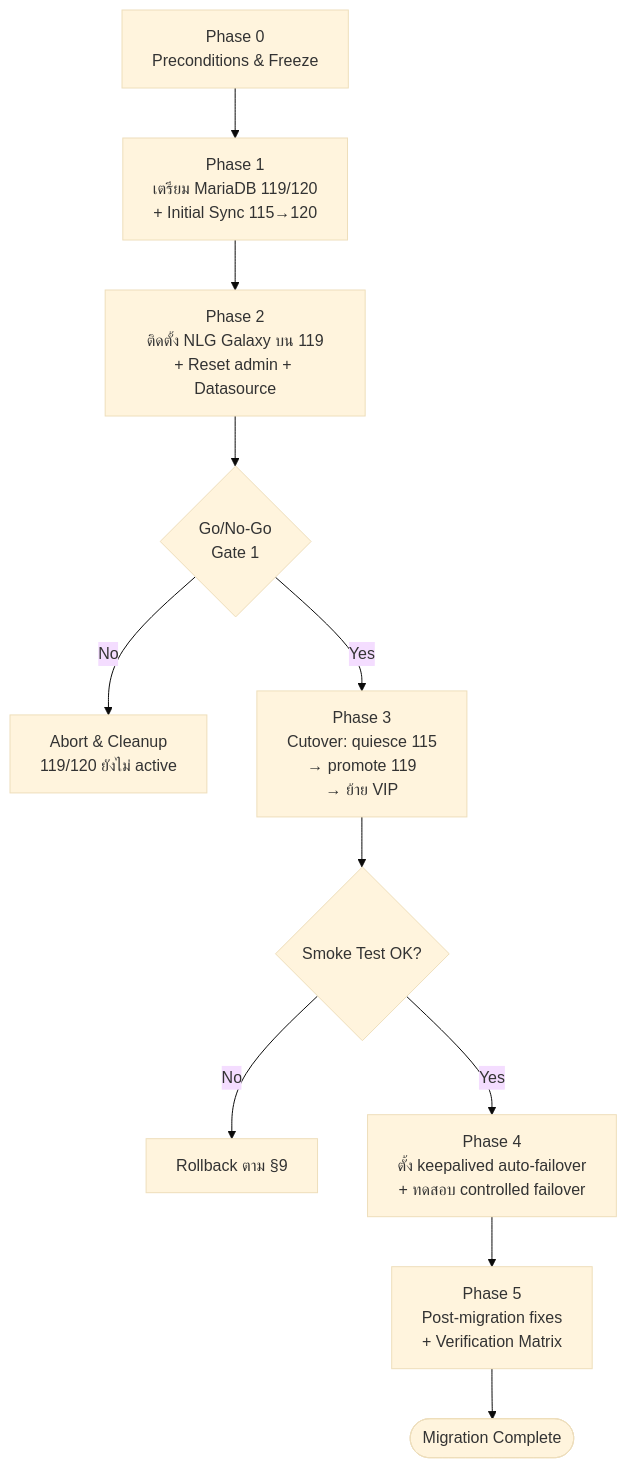
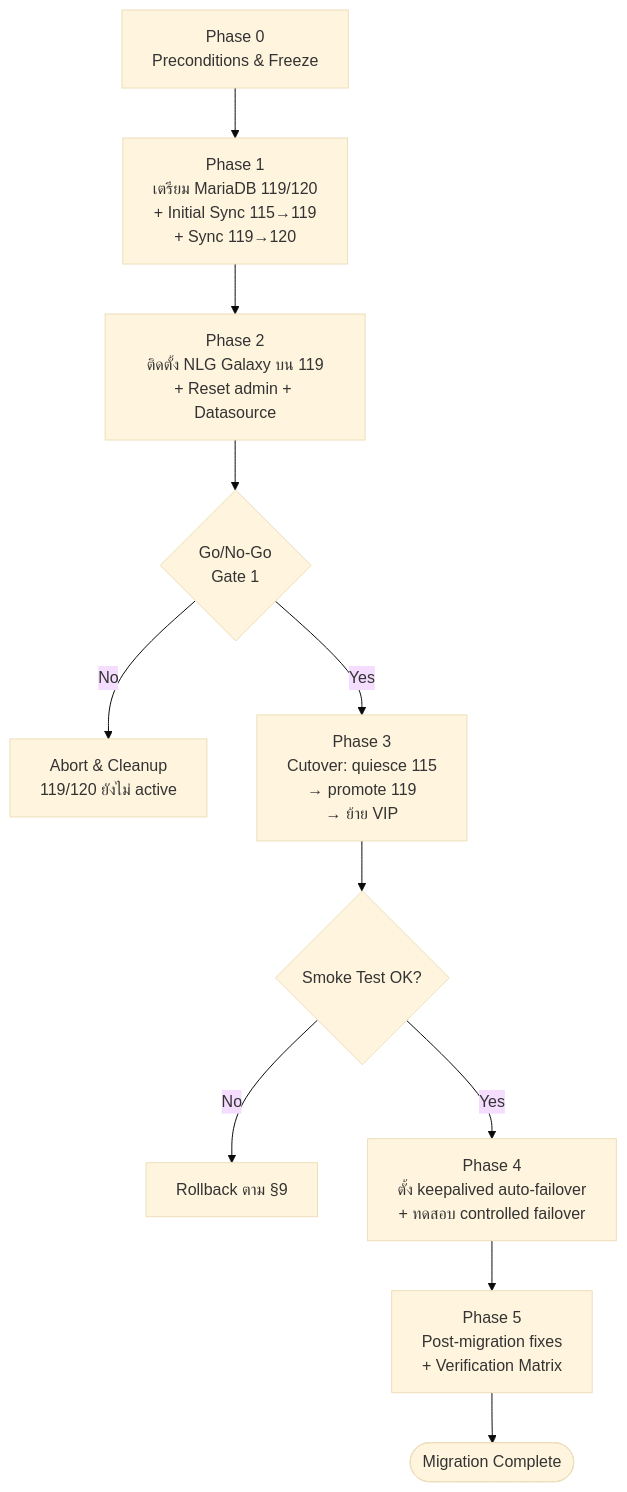
Before and after one commit to mryot/YotHealth: the third of 11 diagrams in Migration-Manual-115-116-to-119-120-AsBuilt.md, drawn with Mermaid (base theme). The commit also changed other lines of this file, not shown here.

````diff
--- a/Migration-Manual-115-116-to-119-120-AsBuilt.md
+++ b/Migration-Manual-115-116-to-119-120-AsBuilt.md
@@ -107,13 +109,13 @@
 ```mermaid
 flowchart TD
     P0[Phase 0<br/>Preconditions & Freeze] --> P1
-    P1[Phase 1<br/>เตรียม MariaDB 119/120<br/>+ Initial Sync 115→120] --> P2
+    P1[Phase 1<br/>เตรียม MariaDB 119/120<br/>+ Initial Sync 115→119<br/>+ Sync 119→120] --> P2
     P2[Phase 2<br/>ติดตั้ง NLG Galaxy บน 119<br/>+ Reset admin + Datasource] --> GATE1{Go/No-Go<br/>Gate 1}
     GATE1 -- No --> ABORT[Abort & Cleanup<br/>119/120 ยังไม่ active]
     GATE1 -- Yes --> P3[Phase 3<br/>Cutover: quiesce 115<br/>→ promote 119<br/>→ ย้าย VIP]
     P3 --> GATE2{Smoke Test OK?}
     GATE2 -- No --> RB[Rollback ตาม §9]
     GATE2 -- Yes --> P4[Phase 4<br/>ตั้ง keepalived auto-failover<br/>+ ทดสอบ controlled failover]
     P4 --> P5[Phase 5<br/>Post-migration fixes<br/>+ Verification Matrix]
     P5 --> DONE([Migration Complete])
 ```
````
